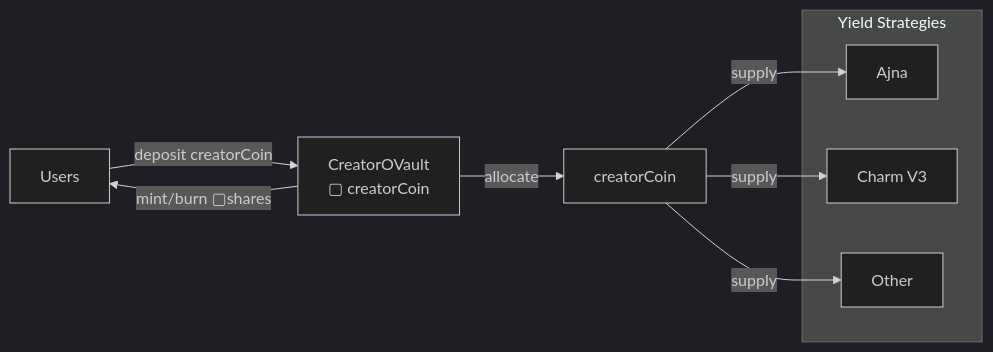
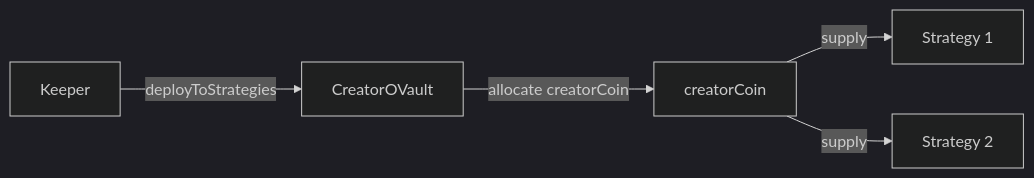
Before and after one commit to 4626fun/4626: the second of 3 diagrams in docs/contracts/core/creator-ovault.md, drawn with Mermaid (dark theme). The commit also changed other lines of this file and 8 other files, not shown here.

````diff
--- a/docs/contracts/core/creator-ovault.md
+++ b/docs/contracts/core/creator-ovault.md
@@ -34,20 +96,7 @@
 ```mermaid
 flowchart LR
-    U[Users]
-    V[CreatorOVault<br/>▢ creatorCoin]
-    C[creatorCoin]
-
-    subgraph Strategies["Yield Strategies"]
-        A[Ajna]
-        CH[Charm V3]
-        O[Other]
-    end
-
-    U -->|deposit creatorCoin| V
-    V -->|mint/burn ▢shares| U
-
-    V -->|allocate| C
-    C -->|supply| A
-    C -->|supply| CH
-    C -->|supply| O
+    Keeper[Keeper] -->|deployToStrategies| Vault[CreatorOVault]
+    Vault -->|allocate creatorCoin| C[creatorCoin]
+    C -->|supply| S1[Strategy 1]
+    C -->|supply| S2[Strategy 2]
 ```
````
